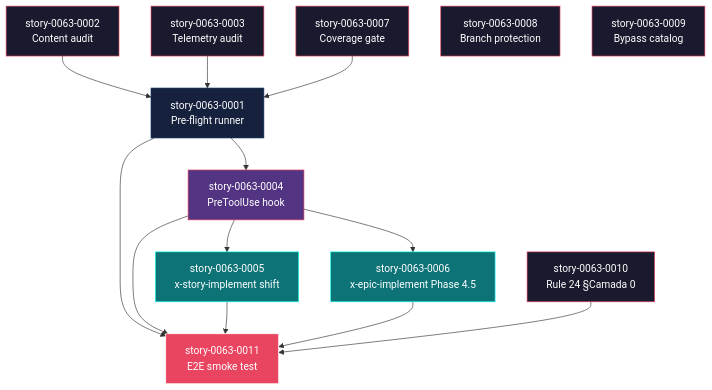
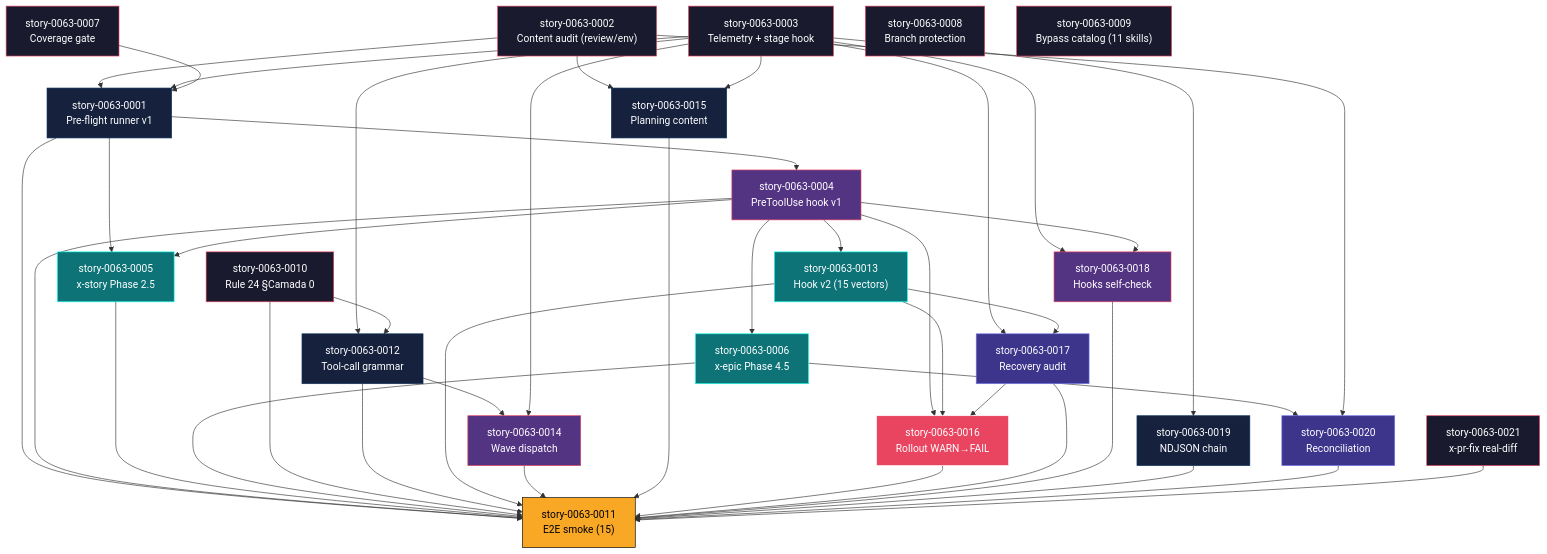
Before and after one commit to review-bench/edercnj_ia-dev-environment: the diagram in ai/epics/epic-0063-local-first-preflight-gates/IMPLEMENTATION-MAP.md, drawn with Mermaid. The commit also changed other lines of this file and 15 other files, not shown here.

````diff
--- a/ai/epics/epic-0063-local-first-preflight-gates/IMPLEMENTATION-MAP.md
+++ b/ai/epics/epic-0063-local-first-preflight-gates/IMPLEMENTATION-MAP.md
@@ -118,46 +156,104 @@
 ```mermaid
 graph TD
-    S0002["story-0063-0002<br/>Content audit"]
-    S0003["story-0063-0003<br/>Telemetry audit"]
+    %% Fase 0
+    S0002["story-0063-0002<br/>Content audit (review/env)"]
+    S0003["story-0063-0003<br/>Telemetry + stage hook"]
     S0007["story-0063-0007<br/>Coverage gate"]
     S0008["story-0063-0008<br/>Branch protection"]
-    S0009["story-0063-0009<br/>Bypass catalog"]
+    S0009["story-0063-0009<br/>Bypass catalog (11 skills)"]
     S0010["story-0063-0010<br/>Rule 24 §Camada 0"]
-    S0001["story-0063-0001<br/>Pre-flight runner"]
-    S0004["story-0063-0004<br/>PreToolUse hook"]
-    S0005["story-0063-0005<br/>x-story-implement shift"]
-    S0006["story-0063-0006<br/>x-epic-implement Phase 4.5"]
-    S0011["story-0063-0011<br/>E2E smoke test"]
+    S0021["story-0063-0021<br/>x-pr-fix real-diff"]
+
+    %% Fase 1
+    S0001["story-0063-0001<br/>Pre-flight runner v1"]
+    S0012["story-0063-0012<br/>Tool-call grammar"]
+    S0015["story-0063-0015<br/>Planning content"]
+    S0019["story-0063-0019<br/>NDJSON chain"]
+
+    %% Fase 2
+    S0004["story-0063-0004<br/>PreToolUse hook v1"]
+    S0014["story-0063-0014<br/>Wave dispatch"]
+    S0018["story-0063-0018<br/>Hooks self-check"]
+
+    %% Fase 3
+    S0005["story-0063-0005<br/>x-story Phase 2.5"]
+    S0006["story-0063-0006<br/>x-epic Phase 4.5"]
+    S0013["story-0063-0013<br/>Hook v2 (15 vectors)"]
+
+    %% Fase 4
+    S0017["story-0063-0017<br/>Recovery audit"]
+    S0020["story-0063-0020<br/>Reconciliation"]
+
+    %% Fase 5
+    S0016["story-0063-0016<br/>Rollout WARN→FAIL"]
+
+    %% Fase 6
+    S0011["story-0063-0011<br/>E2E smoke (15)"]
 
     %% Fase 0 → 1
     S0002 --> S0001
+    S0002 --> S0015
     S0003 --> S0001
+    S0003 --> S0012
+    S0003 --> S0015
+    S0003 --> S0019
     S0007 --> S0001
+    S0010 --> S0012
 
     %% Fase 1 → 2
     S0001 --> S0004
+    S0012 --> S0014
+    S0003 --> S0014
+    S0003 --> S0018
 
     %% Fase 2 → 3
+    S0001 --> S0005
     S0004 --> S0005
     S0004 --> S0006
+    S0004 --> S0013
+    S0004 --> S0018
 
-    %% Fase 3 → 4 (com 0010 como blocker direto)
+    %% Fase 3 → 4
+    S0006 --> S0020
+    S0002 --> S0020
+    S0003 --> S0017
+    S0013 --> S0017
+
+    %% Fase 4 → 5
+    S0004 --> S0016
+    S0013 --> S0016
+    S0017 --> S0016
+
+    %% Tudo → Smoke
     S0001 --> S0011
     S0004 --> S0011
     S0005 --> S0011
     S0006 --> S0011
     S0010 --> S0011
+    S0012 --> S0011
+    S0013 --> S0011
+    S0014 --> S0011
+    S0015 --> S0011
+    S0016 --> S0011
+    S0017 --> S0011
+    S0018 --> S0011
+    S0019 --> S0011
+    S0020 --> S0011
+    S0021 --> S0011
 
-    %% Estilos por fase
     classDef fase0 fill:#1a1a2e,stroke:#e94560,color:#fff
     classDef fase1 fill:#16213e,stroke:#0f3460,color:#fff
     classDef fase2 fill:#533483,stroke:#e94560,color:#fff
     classDef fase3 fill:#0d7377,stroke:#14ffec,color:#fff
-    classDef fase4 fill:#e94560,stroke:#fff,color:#fff
+    classDef fase4 fill:#3d348b,stroke:#7678ed,color:#fff
+    classDef fase5 fill:#e94560,stroke:#fff,color:#fff
+    classDef fase6 fill:#f9a826,stroke:#000,color:#000
 
-    class S0002,S0003,S0007,S0008,S0009,S0010 fase0
-    class S0001 fase1
-    class S0004 fase2
-    class S0005,S0006 fase3
-    class S0011 fase4
+    class S0002,S0003,S0007,S0008,S0009,S0010,S0021 fase0
+    class S0001,S0012,S0015,S0019 fase1
+    class S0004,S0014,S0018 fase2
+    class S0005,S0006,S0013 fase3
+    class S0017,S0020 fase4
+    class S0016 fase5
+    class S0011 fase6
 ```
````
